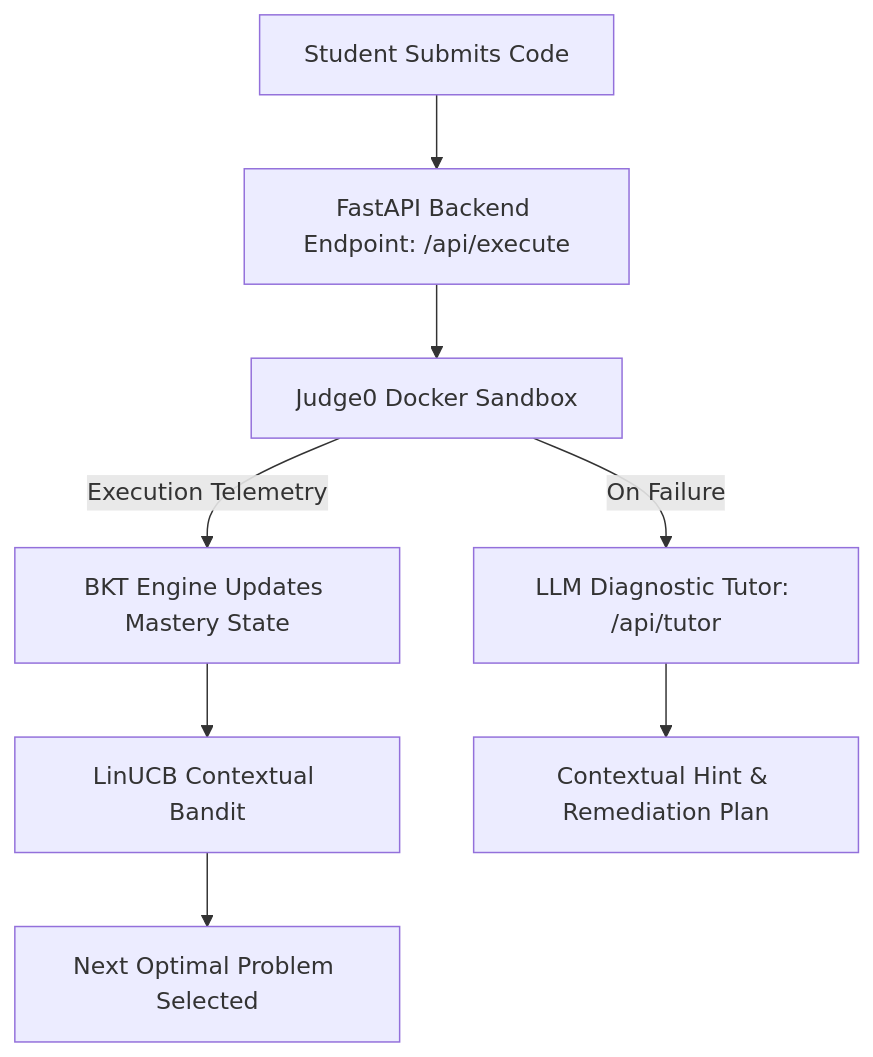
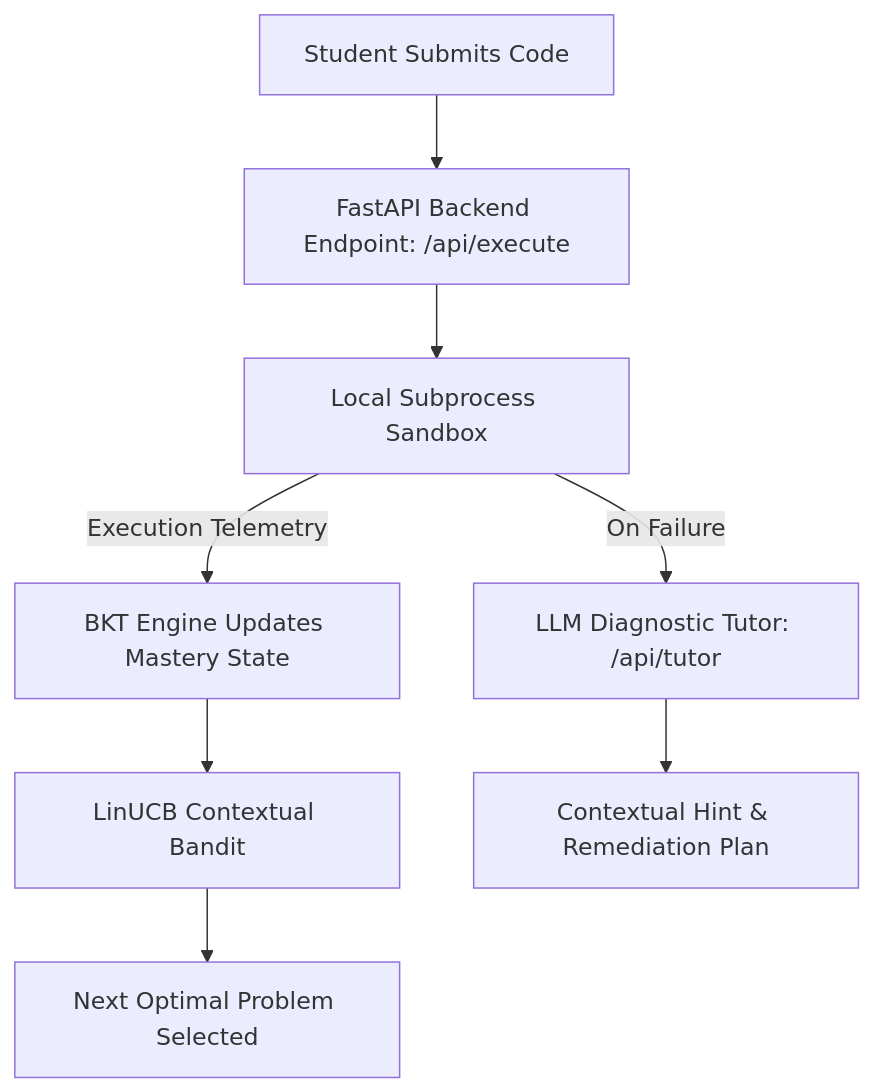
The diagram in README.md (Justinvcj/Adapt_Code), drawn with Mermaid before and after one commit. The commit also changed other lines of this file and 17 other files, not shown here.

````diff
--- a/README.md
+++ b/README.md
@@ -62,10 +61,10 @@
 ```mermaid
 graph TD
     A[Student Submits Code] --> B[FastAPI Backend Endpoint: /api/execute]
-    B --> C[Judge0 Docker Sandbox]
+    B --> C[Local Subprocess Sandbox]
     C -->|Execution Telemetry| D[BKT Engine Updates Mastery State]
     D --> E[LinUCB Contextual Bandit]
     E --> F[Next Optimal Problem Selected]
     C -->|On Failure| G[LLM Diagnostic Tutor: /api/tutor]
     G --> H[Contextual Hint & Remediation Plan]
 ```
````
